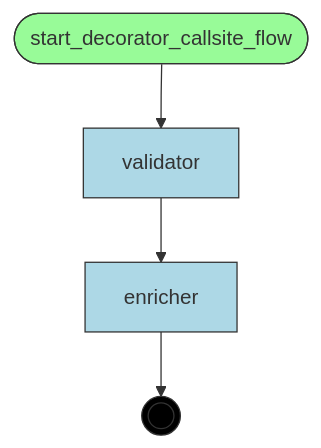
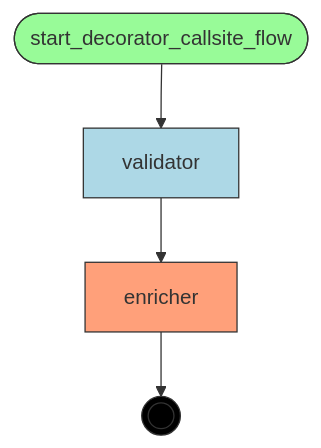
Before and after one commit to deliveryhero/asya: the diagram in examples/flows/compiled/decorator_callsite/flow.mmd, drawn with Mermaid. The commit also changed 364 other files, not shown here.

First line of the commit message:
feat(compiler): Phase 2 — 5-step pipeline with manifest generation and FlowInfo (#339)

```diff
--- a/examples/flows/compiled/decorator_callsite/flow.mmd
+++ b/examples/flows/compiled/decorator_callsite/flow.mmd
@@ -1,19 +1,21 @@
 flowchart TD
     %% Flow: decorator_callsite_flow
 
     enricher[enricher]
     start_decorator_callsite_flow([start_decorator_callsite_flow])
     validator[validator]
     __end__((( )))
 
     start_decorator_callsite_flow --> validator
     validator --> enricher
     enricher --> __end__
 
-    classDef entrypoint fill:#98FB98,stroke:#333
+    classDef start fill:#98FB98,stroke:#333
+    classDef endnode fill:#FFA07A,stroke:#333
     classDef router fill:#F5DEB3,stroke:#333
     classDef handler fill:#ADD8E6,stroke:#333
     classDef endpoint fill:#000,stroke:#333,color:#fff
-    class start_decorator_callsite_flow entrypoint
-    class enricher,validator handler
+    class start_decorator_callsite_flow start
+    class enricher endnode
+    class validator handler
     class __end__ endpoint
```
